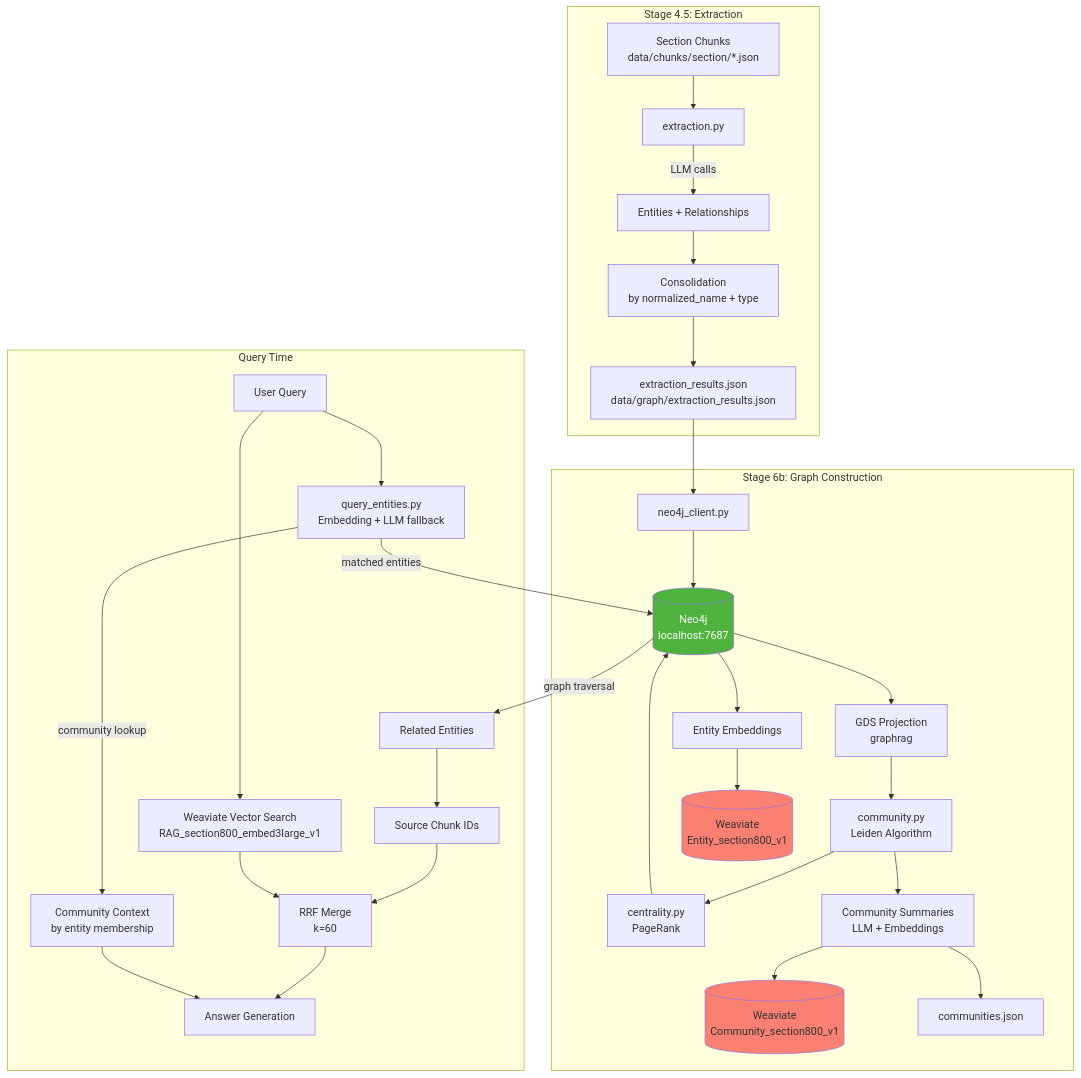
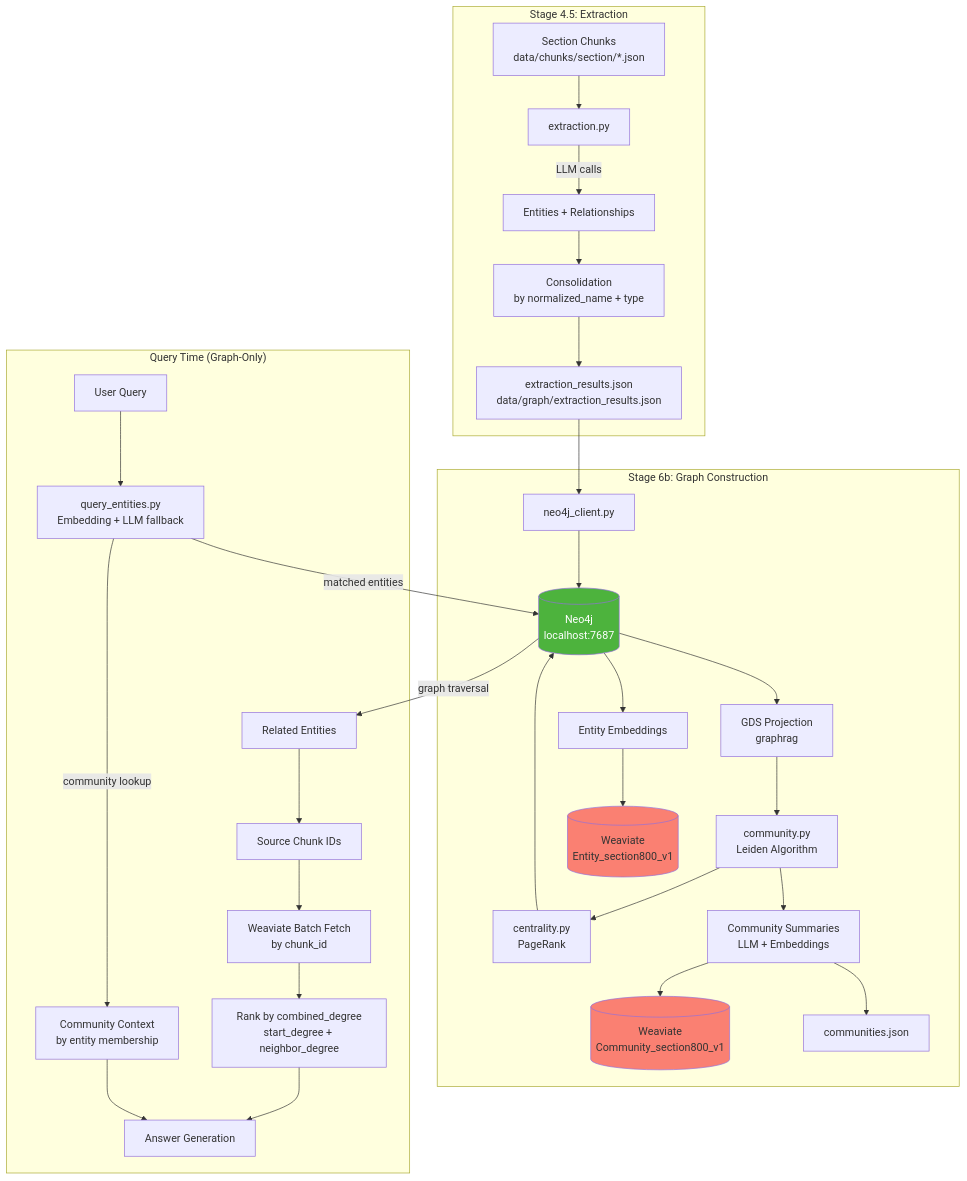
The first of 8 diagrams in memory-bank/graphrag/graphrag_raglab_implementation.md (crlsrmrlsz/raglab), drawn with Mermaid before and after one commit. The commit also changed other lines of this file and 8 other files, not shown here.

First line of the commit message:
refactor(graphrag): convert to pure graph retrieval per Microsoft design

````diff
--- a/memory-bank/graphrag/graphrag_raglab_implementation.md
+++ b/memory-bank/graphrag/graphrag_raglab_implementation.md
@@ -34,47 +34,45 @@
 ```mermaid
 flowchart TB
     subgraph Phase1["Stage 4.5: Extraction"]
         CHUNKS[Section Chunks<br/>data/chunks/section/*.json] --> EXTRACT[extraction.py]
         EXTRACT --> |LLM calls| ENTITIES[Entities + Relationships]
         ENTITIES --> CONSOLIDATE[Consolidation<br/>by normalized_name + type]
         CONSOLIDATE --> RESULTS[extraction_results.json<br/>data/graph/extraction_results.json]
     end
 
     subgraph Phase2["Stage 6b: Graph Construction"]
         RESULTS --> UPLOAD[neo4j_client.py]
         UPLOAD --> NEO4J[(Neo4j<br/>localhost:7687)]
 
         NEO4J --> GDS[GDS Projection<br/>graphrag]
         GDS --> LEIDEN[community.py<br/>Leiden Algorithm]
         LEIDEN --> PAGERANK[centrality.py<br/>PageRank]
         PAGERANK --> NEO4J
 
         LEIDEN --> SUMMARY[Community Summaries<br/>LLM + Embeddings]
         SUMMARY --> WEAVIATE_COMM[(Weaviate<br/>Community_section800_v1)]
         SUMMARY --> JSON[communities.json]
 
         NEO4J --> ENTITY_EMB[Entity Embeddings]
         ENTITY_EMB --> WEAVIATE_ENT[(Weaviate<br/>Entity_section800_v1)]
     end
 
-    subgraph Phase3["Query Time"]
+    subgraph Phase3["Query Time (Graph-Only)"]
         QUERY[User Query] --> ENTITY_EXT[query_entities.py<br/>Embedding + LLM fallback]
         ENTITY_EXT --> |matched entities| NEO4J
         NEO4J --> |graph traversal| NEIGHBORS[Related Entities]
         NEIGHBORS --> CHUNK_IDS[Source Chunk IDs]
 
-        QUERY --> VECTOR[Weaviate Vector Search<br/>RAG_section800_embed3large_v1]
-
-        CHUNK_IDS --> RRF[RRF Merge<br/>k=60]
-        VECTOR --> RRF
+        CHUNK_IDS --> FETCH[Weaviate Batch Fetch<br/>by chunk_id]
+        FETCH --> RANK[Rank by combined_degree<br/>start_degree + neighbor_degree]
 
         ENTITY_EXT --> |community lookup| COMM_CTX[Community Context<br/>by entity membership]
 
-        RRF --> GENERATION[Answer Generation]
+        RANK --> GENERATION[Answer Generation]
         COMM_CTX --> GENERATION
     end
 
     style NEO4J fill:#4db33d,color:white
     style WEAVIATE_COMM fill:#fa8072
     style WEAVIATE_ENT fill:#fa8072
 ```
````
